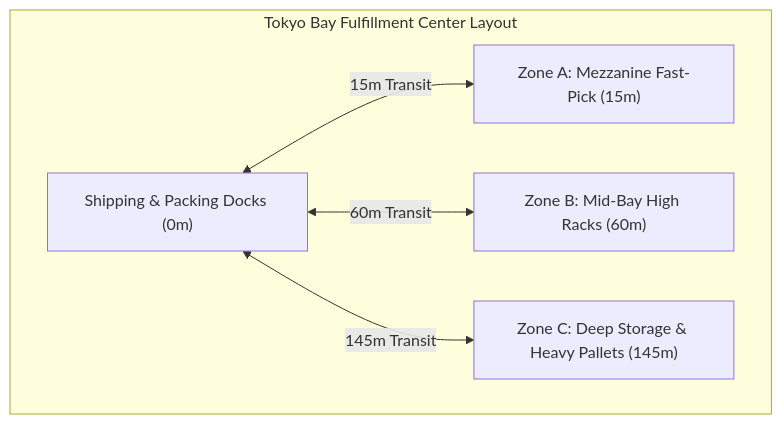
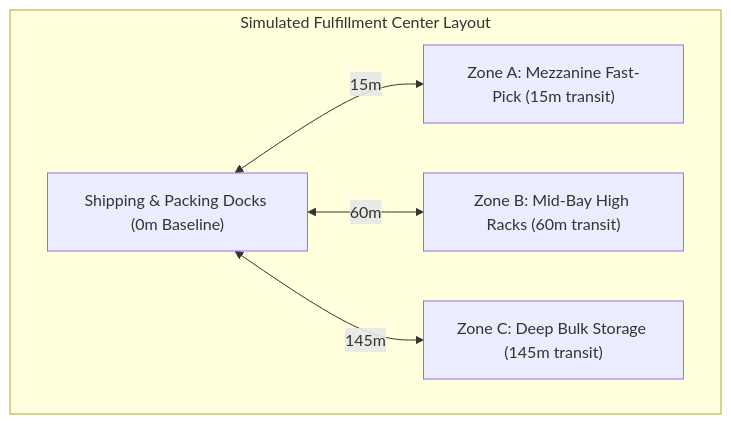
The first of 2 diagrams in docs/SYSTEM_IMPROVEMENT_REPORT.md (KiskuAryan/wms-operational-efficiency-audit), drawn with Mermaid before and after one commit. The commit also changed other lines of this file and 12 other files, not shown here.

````diff
--- a/docs/SYSTEM_IMPROVEMENT_REPORT.md
+++ b/docs/SYSTEM_IMPROVEMENT_REPORT.md
@@ -41,13 +46,13 @@
 ```mermaid
 flowchart TD
-    subgraph FacilityLayout["Tokyo Bay Fulfillment Center Layout"]
-        Dock["Shipping & Packing Docks (0m)"]
-        ZoneA["Zone A: Mezzanine Fast-Pick (15m)"]
-        ZoneB["Zone B: Mid-Bay High Racks (60m)"]
-        ZoneC["Zone C: Deep Storage & Heavy Pallets (145m)"]
+    subgraph FacilityLayout["Simulated Fulfillment Center Layout"]
+        Dock["Shipping & Packing Docks (0m Baseline)"]
+        ZoneA["Zone A: Mezzanine Fast-Pick (15m transit)"]
+        ZoneB["Zone B: Mid-Bay High Racks (60m transit)"]
+        ZoneC["Zone C: Deep Bulk Storage (145m transit)"]
         
-        Dock <-->|15m Transit| ZoneA
-        Dock <-->|60m Transit| ZoneB
-        Dock <-->|145m Transit| ZoneC
+        Dock <-->|15m| ZoneA
+        Dock <-->|60m| ZoneB
+        Dock <-->|145m| ZoneC
     end
 ```
````
